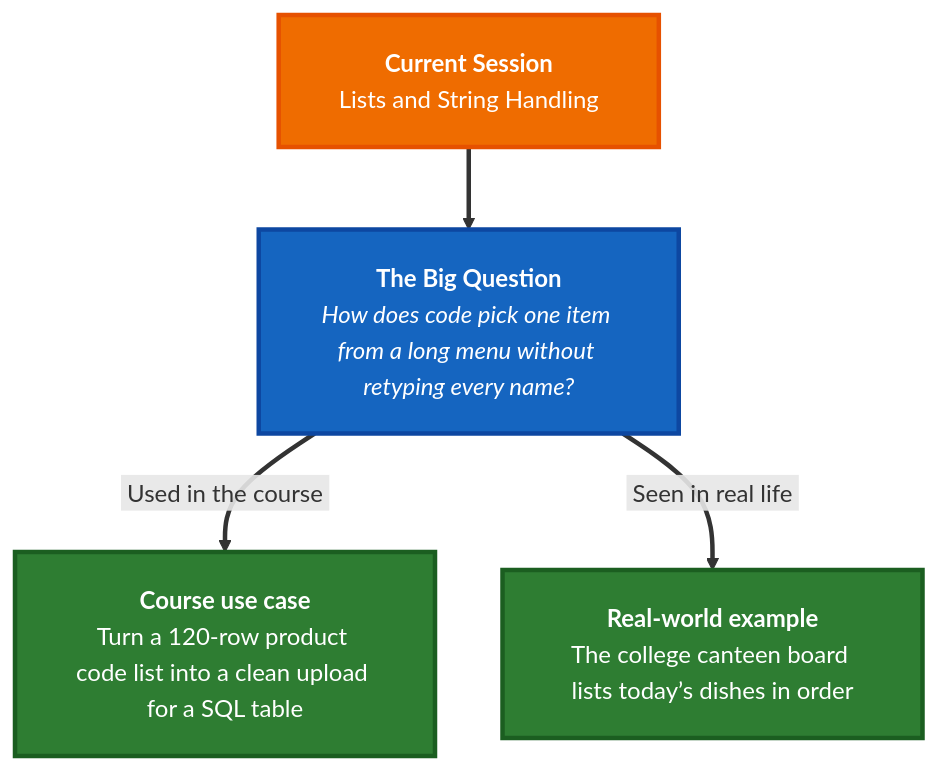
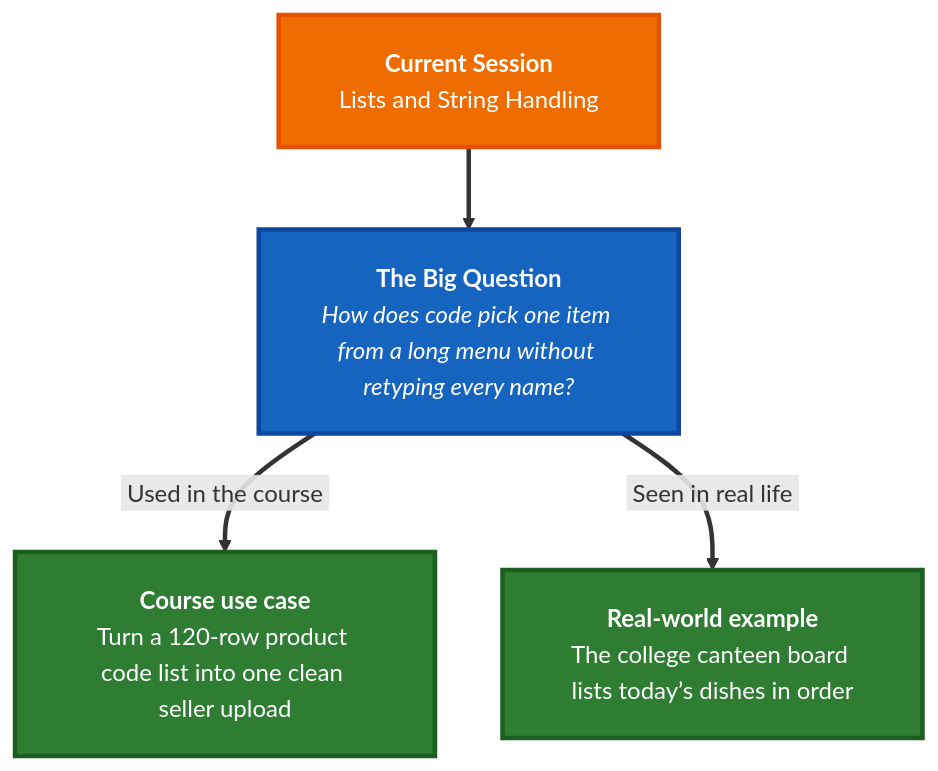
The diagram in IITP-AIDA-EN-III-2610/module-01-data-sql-foundations/lecture-05-lists-and-string-handling/pre-read.md (ayaznoori/Ayaz_Curriculum), drawn with Mermaid before and after one commit. The commit also changed 1 other file, not shown here.

Commit message:
Tighten pre-reads: plain words, no unexplained jargon.
Align mental maps with early-module vocabulary.

````diff
--- a/IITP-AIDA-EN-III-2610/module-01-data-sql-foundations/lecture-05-lists-and-string-handling/pre-read.md
+++ b/IITP-AIDA-EN-III-2610/module-01-data-sql-foundations/lecture-05-lists-and-string-handling/pre-read.md
@@ -5,22 +5,22 @@
 ```mermaid
 %%{init: {'flowchart': {'nodeSpacing': 45, 'rankSpacing': 55, 'padding': 20}}}%%
 flowchart TB
   CUR["<b>Current Session</b><br/>Lists and String Handling"]
   Q["<b>The Big Question</b><br/><i>How does code pick one item from a long menu without retyping every name?</i>"]
-  CV["<b>Course use case</b><br/>Turn a 120-row product code list into a clean upload for a SQL table"]
+  CV["<b>Course use case</b><br/>Turn a 120-row product code list into one clean seller upload"]
   RL["<b>Real-world example</b><br/>The college canteen board lists today’s dishes in order"]
 
   CUR ==> Q
   Q ==>|&nbsp;Used in the course&nbsp;| CV
   Q ==>|&nbsp;Seen in real life&nbsp;| RL
 
   classDef currSes fill:#ef6c00,stroke:#e65100,color:#ffffff,stroke-width:3px
   classDef ask fill:#1565c0,stroke:#0d47a1,color:#ffffff,stroke-width:3px
   classDef val fill:#2e7d32,stroke:#1b5e20,color:#ffffff,stroke-width:3px
 
   class CUR currSes
   class Q ask
   class CV,RL val
 
   linkStyle default stroke-width:3px
 ```
````
